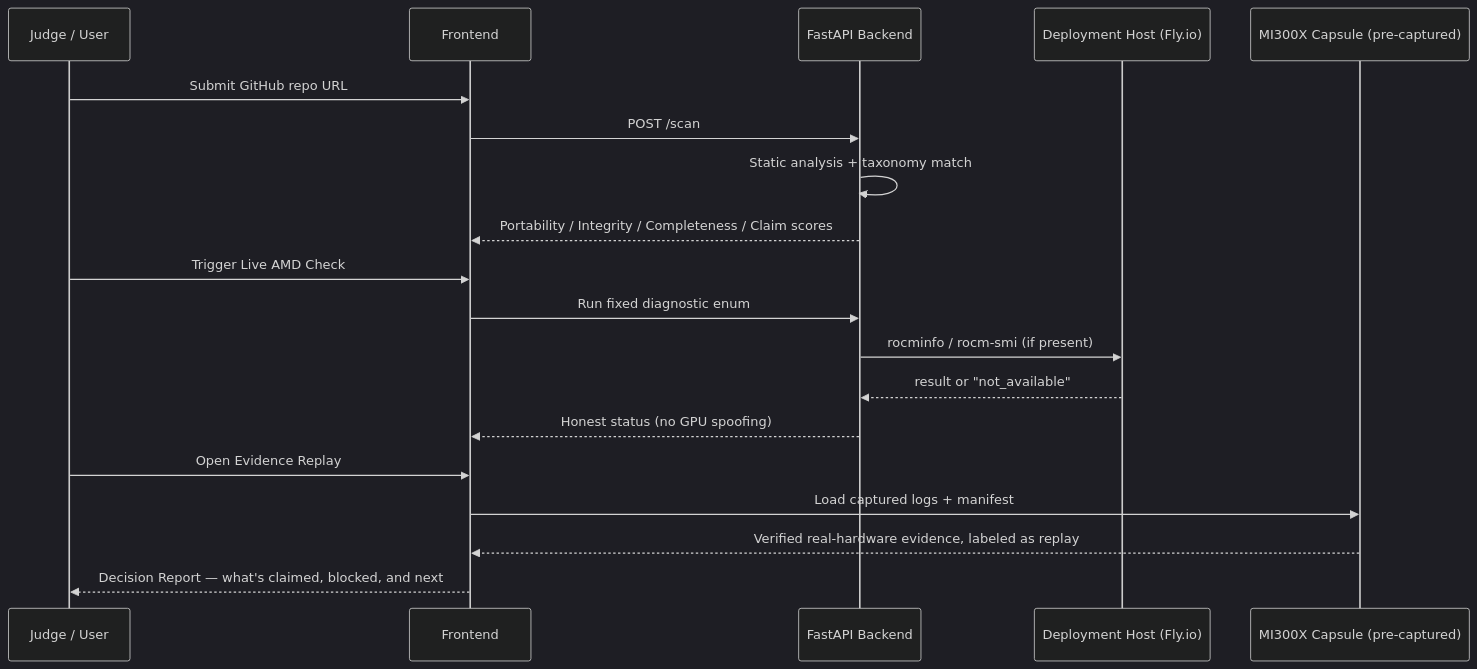
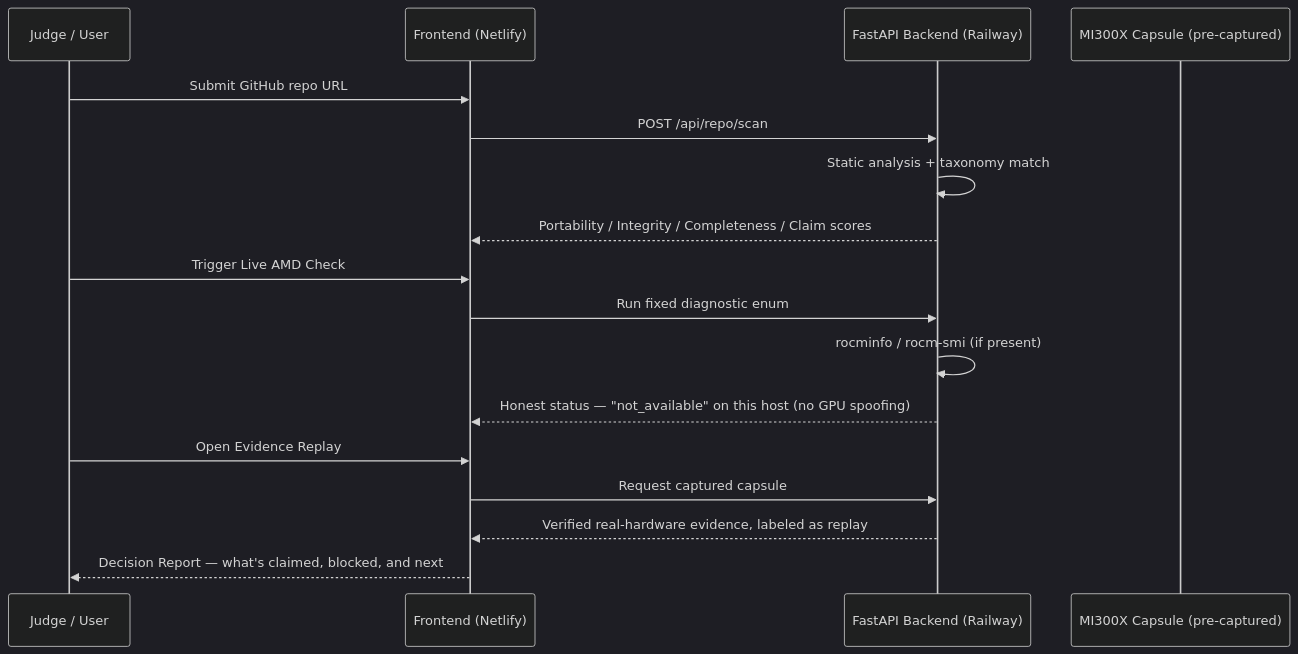
The third of 4 diagrams in README.md (FabianS10/Reaper-Eagle-Forge-AMD-readiness-cockpit), drawn with Mermaid (dark theme) before and after one commit. The commit also changed other lines of this file, not shown here.

````diff
--- a/README.md
+++ b/README.md
@@ -152,22 +152,20 @@
 ```mermaid
 sequenceDiagram
     participant Judge as Judge / User
-    participant UI as Frontend
-    participant API as FastAPI Backend
-    participant Host as Deployment Host (Fly.io)
+    participant UI as Frontend (Netlify)
+    participant API as FastAPI Backend (Railway)
     participant MI300X as MI300X Capsule (pre-captured)
 
     Judge->>UI: Submit GitHub repo URL
-    UI->>API: POST /scan
+    UI->>API: POST /api/repo/scan
     API->>API: Static analysis + taxonomy match
     API-->>UI: Portability / Integrity / Completeness / Claim scores
     Judge->>UI: Trigger Live AMD Check
     UI->>API: Run fixed diagnostic enum
-    API->>Host: rocminfo / rocm-smi (if present)
-    Host-->>API: result or "not_available"
-    API-->>UI: Honest status (no GPU spoofing)
+    API->>API: rocminfo / rocm-smi (if present)
+    API-->>UI: Honest status — "not_available" on this host (no GPU spoofing)
     Judge->>UI: Open Evidence Replay
-    UI->>MI300X: Load captured logs + manifest
-    MI300X-->>UI: Verified real-hardware evidence, labeled as replay
+    UI->>API: Request captured capsule
+    API-->>UI: Verified real-hardware evidence, labeled as replay
     UI-->>Judge: Decision Report — what's claimed, blocked, and next
 ```
````
